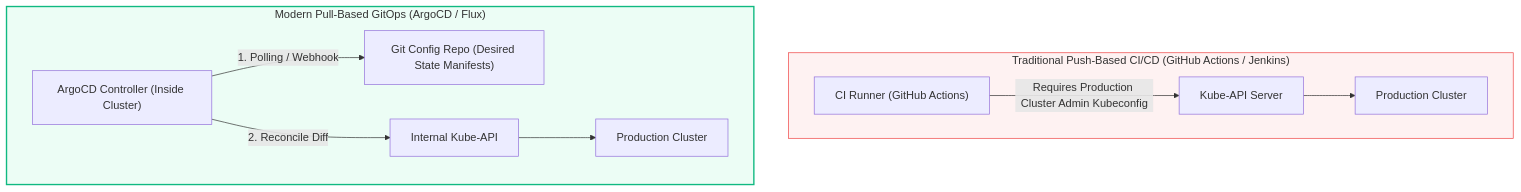
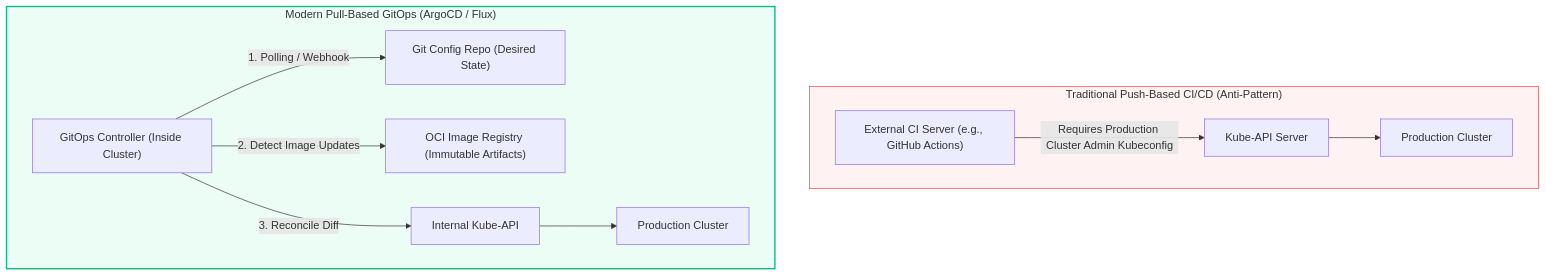
Before and after one commit to PandeyKishan/Study-Notes: the second of 3 diagrams in 04-CICD-Pipelines/01-Fundamentals-GitOps-and-Pipeline-Design.md, drawn with Mermaid. The commit also changed other lines of this file and 38 other files, not shown here.

````diff
--- a/04-CICD-Pipelines/01-Fundamentals-GitOps-and-Pipeline-Design.md
+++ b/04-CICD-Pipelines/01-Fundamentals-GitOps-and-Pipeline-Design.md
@@ -32,20 +41,23 @@
 ```mermaid
 flowchart TD
-    subgraph Push_Model["Traditional Push-Based CI/CD (GitHub Actions / Jenkins)"]
-        GHA["CI Runner (GitHub Actions)"] -->|Requires Production Cluster Admin Kubeconfig| API1["Kube-API Server"]
+    subgraph Push_Model["Traditional Push-Based CI/CD (Anti-Pattern)"]
+        GHA["External CI Server (e.g., GitHub Actions)"] -->|Requires Production Cluster Admin Kubeconfig| API1["Kube-API Server"]
         API1 --> Cluster1["Production Cluster"]
     end
 
     subgraph Pull_Model["Modern Pull-Based GitOps (ArgoCD / Flux)"]
-        GitRepo["Git Config Repo (Desired State Manifests)"]
-        Argo["ArgoCD Controller (Inside Cluster)"]
+        GitRepo["Git Config Repo (Desired State)"]
+        Registry["OCI Image Registry (Immutable Artifacts)"]
+        
+        Argo["GitOps Controller (Inside Cluster)"]
         API2["Internal Kube-API"]
         
         Argo -->|1. Polling / Webhook| GitRepo
-        Argo -->|2. Reconcile Diff| API2
+        Argo -->|2. Detect Image Updates| Registry
+        Argo -->|3. Reconcile Diff| API2
         API2 --> Cluster2["Production Cluster"]
     end
 
     style Push_Model fill:#fef2f2,stroke:#ef4444,stroke-width:1px
     style Pull_Model fill:#ecfdf5,stroke:#10b981,stroke-width:2px
 ```
````
